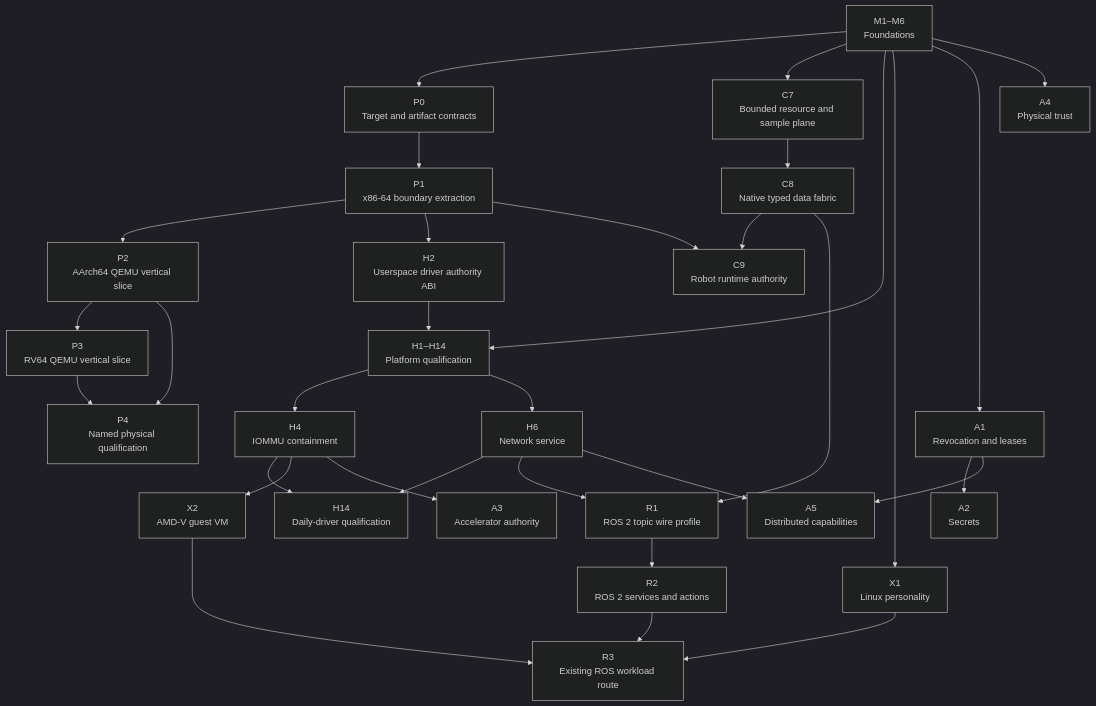
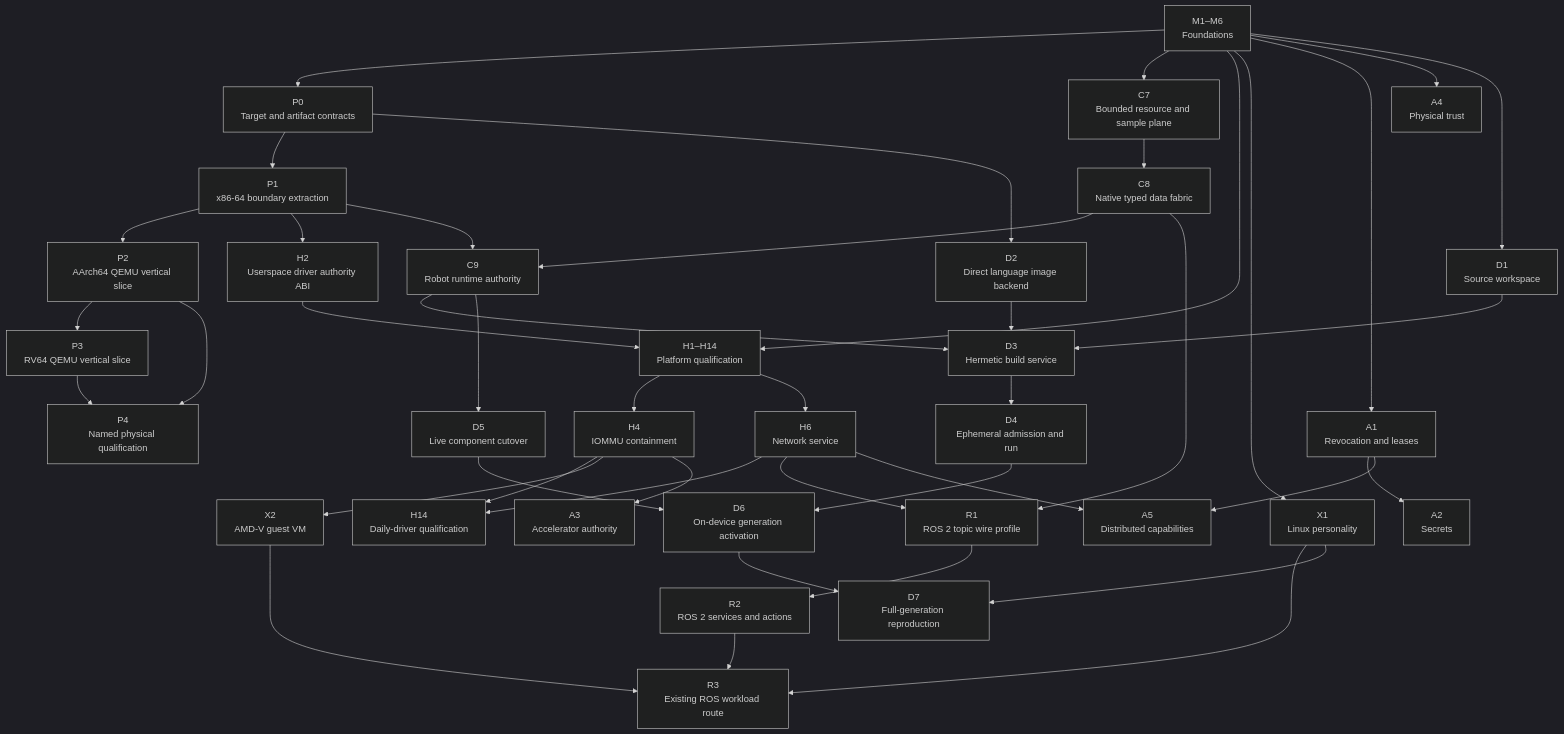
The first of 2 diagrams in roadmap/README.md (iceice666/slime_os), drawn with Mermaid (dark theme) before and after one commit. The commit also changed other lines of this file and 9 other files, not shown here.

First line of the commit message:
docs(repo/roadmap): plan native development track

````diff
--- a/roadmap/README.md
+++ b/roadmap/README.md
@@ -33,59 +35,78 @@
 ```mermaid
 flowchart TD
     Foundations["M1–M6<br/>Foundations"]
     P0["P0<br/>Target and artifact contracts"]
     P1["P1<br/>x86-64 boundary extraction"]
     P2["P2<br/>AArch64 QEMU vertical slice"]
     P3["P3<br/>RV64 QEMU vertical slice"]
     P4["P4<br/>Named physical qualification"]
 
     C7["C7<br/>Bounded resource and sample plane"]
     C8["C8<br/>Native typed data fabric"]
     C9["C9<br/>Robot runtime authority"]
     H2["H2<br/>Userspace driver authority ABI"]
 
     R1["R1<br/>ROS 2 topic wire profile"]
     R2["R2<br/>ROS 2 services and actions"]
     R3["R3<br/>Existing ROS workload route"]
 
     Hardware["H1–H14<br/>Platform qualification"]
     H4["H4<br/>IOMMU containment"]
     H6["H6<br/>Network service"]
     H14["H14<br/>Daily-driver qualification"]
 
     X1["X1<br/>Linux personality"]
     X2["X2<br/>AMD-V guest VM"]
 
     A1["A1<br/>Revocation and leases"]
     A2["A2<br/>Secrets"]
     A3["A3<br/>Accelerator authority"]
     A4["A4<br/>Physical trust"]
     A5["A5<br/>Distributed capabilities"]
+    D1["D1<br/>Source workspace"]
+    D2["D2<br/>Direct language image backend"]
+    D3["D3<br/>Hermetic build service"]
+    D4["D4<br/>Ephemeral admission and run"]
+    D5["D5<br/>Live component cutover"]
+    D6["D6<br/>On-device generation activation"]
+    D7["D7<br/>Full-generation reproduction"]
 
     Foundations --> P0 --> P1 --> P2 --> P3
     P2 --> P4
     P3 --> P4
     P1 --> H2
     P1 --> C9
 
     Foundations --> C7 --> C8
     C8 --> C9
     C8 --> R1 --> R2 --> R3
 
     Foundations --> Hardware
     H2 --> Hardware
     Hardware --> H4
     Hardware --> H6
     H4 --> H14
     H6 --> H14
 
     H6 --> R1
     Foundations --> X1 --> R3
     H4 --> X2 --> R3
 
     Foundations --> A1 --> A2
     H4 --> A3
     Foundations --> A4
     A1 --> A5
     H6 --> A5
+
+    Foundations --> D1
+    P0 --> D2
+    D1 --> D3
+    D2 --> D3
+    C9 --> D3
+    D3 --> D4
+    C9 --> D5
+    D4 --> D6
+    D5 --> D6
+    D6 --> D7
+    X1 --> D7
 ```
````
